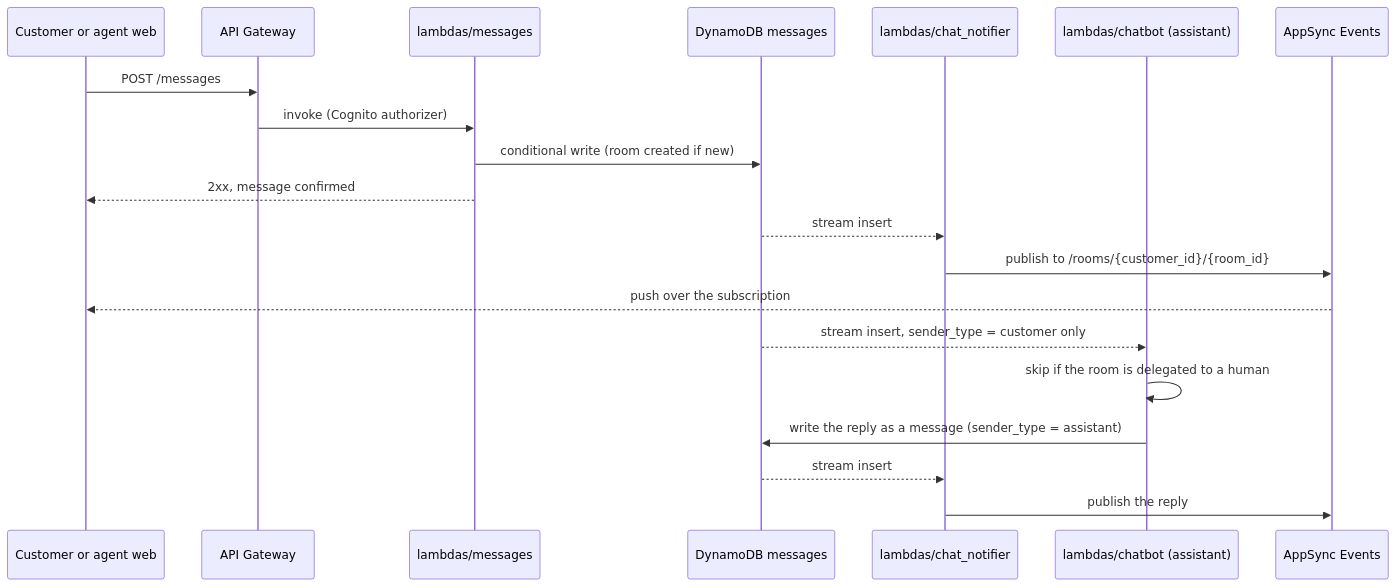
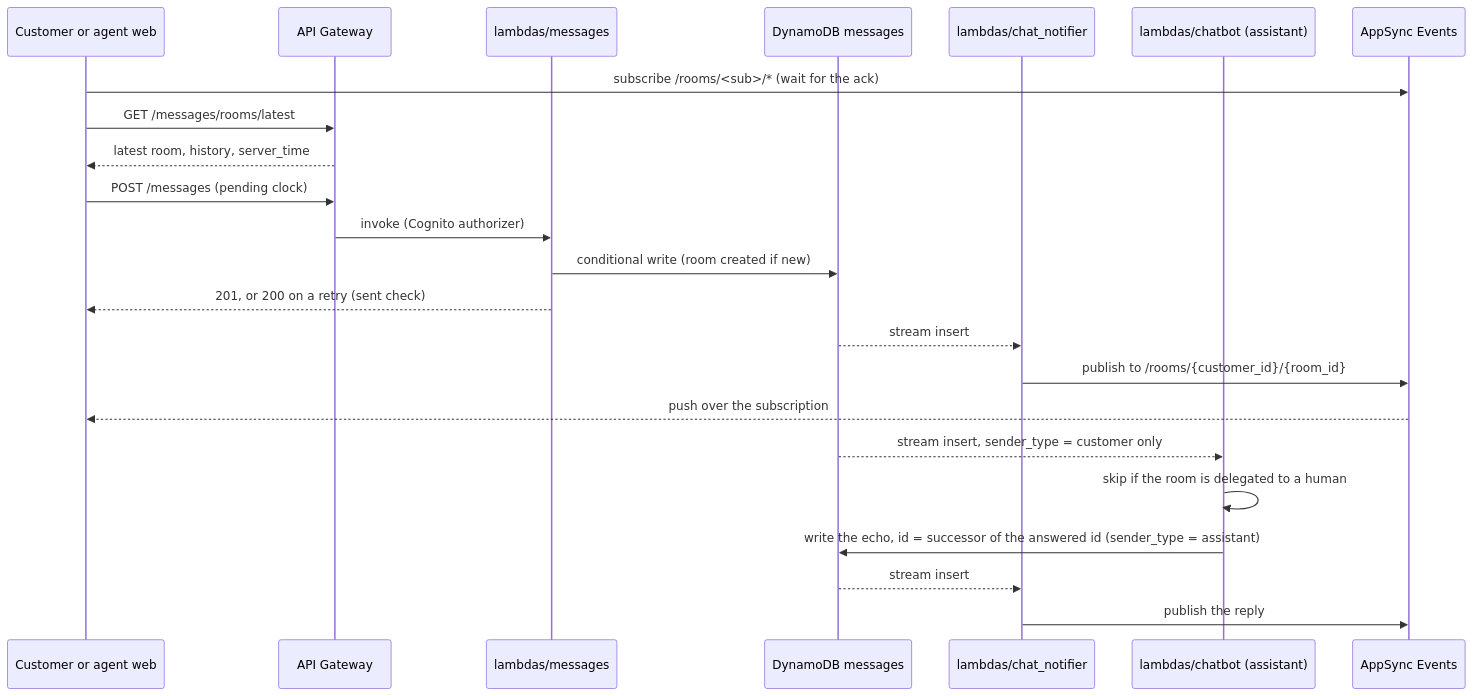
Before and after one commit to Team-ACGS/factored-hackathon-2026-acgs: the diagram in docs/modules/messaging/flows.md, drawn with Mermaid. The commit also changed other lines of this file and 16 other files, not shown here.

````diff
--- a/docs/modules/messaging/flows.md
+++ b/docs/modules/messaging/flows.md
@@ -15,23 +16,26 @@
 ```mermaid
 sequenceDiagram
     participant C as Customer or agent web
     participant GW as API Gateway
     participant M as lambdas/messages
     participant DDB as DynamoDB messages
     participant N as lambdas/chat_notifier
     participant Bot as lambdas/chatbot (assistant)
     participant Evt as AppSync Events
 
-    C->>GW: POST /messages
+    C->>Evt: subscribe /rooms/<sub>/* (wait for the ack)
+    C->>GW: GET /messages/rooms/latest
+    GW-->>C: latest room, history, server_time
+    C->>GW: POST /messages (pending clock)
     GW->>M: invoke (Cognito authorizer)
     M->>DDB: conditional write (room created if new)
-    M-->>C: 2xx, message confirmed
+    M-->>C: 201, or 200 on a retry (sent check)
     DDB-->>N: stream insert
     N->>Evt: publish to /rooms/{customer_id}/{room_id}
     Evt-->>C: push over the subscription
     DDB-->>Bot: stream insert, sender_type = customer only
     Bot->>Bot: skip if the room is delegated to a human
-    Bot->>DDB: write the reply as a message (sender_type = assistant)
+    Bot->>DDB: write the echo, id = successor of the answered id (sender_type = assistant)
     DDB-->>N: stream insert
     N->>Evt: publish the reply
 ```
````
